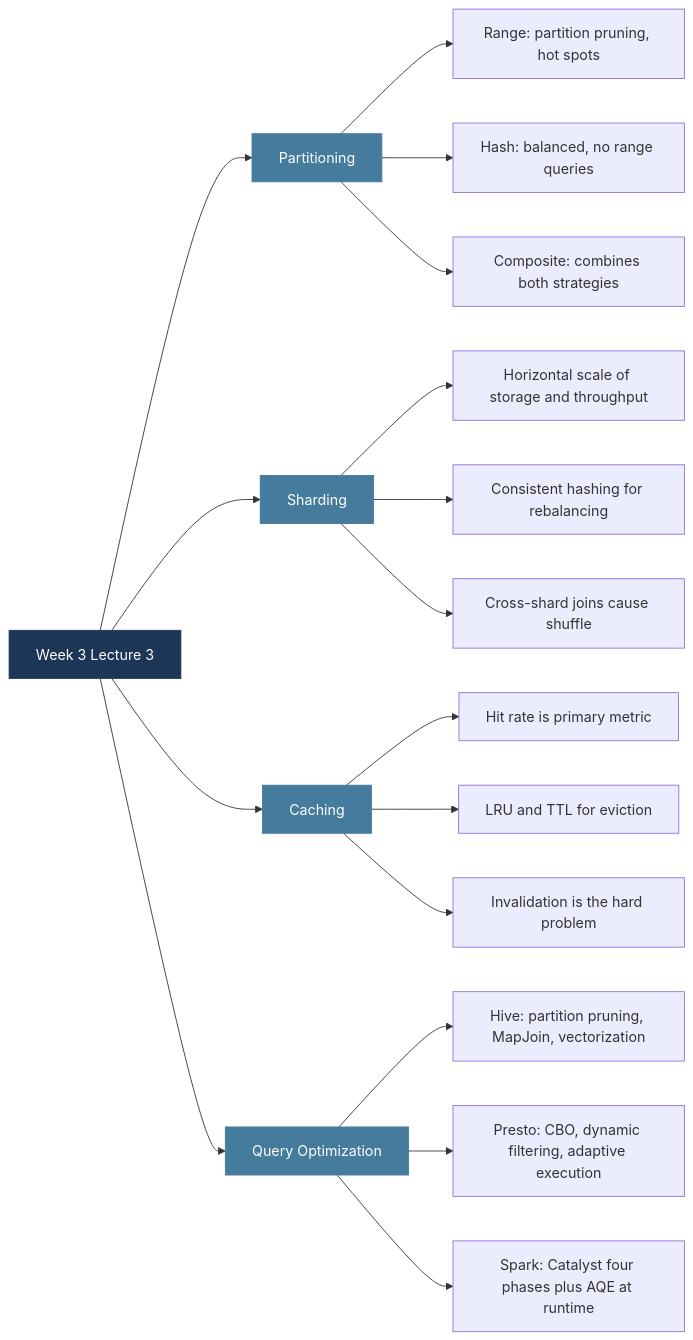
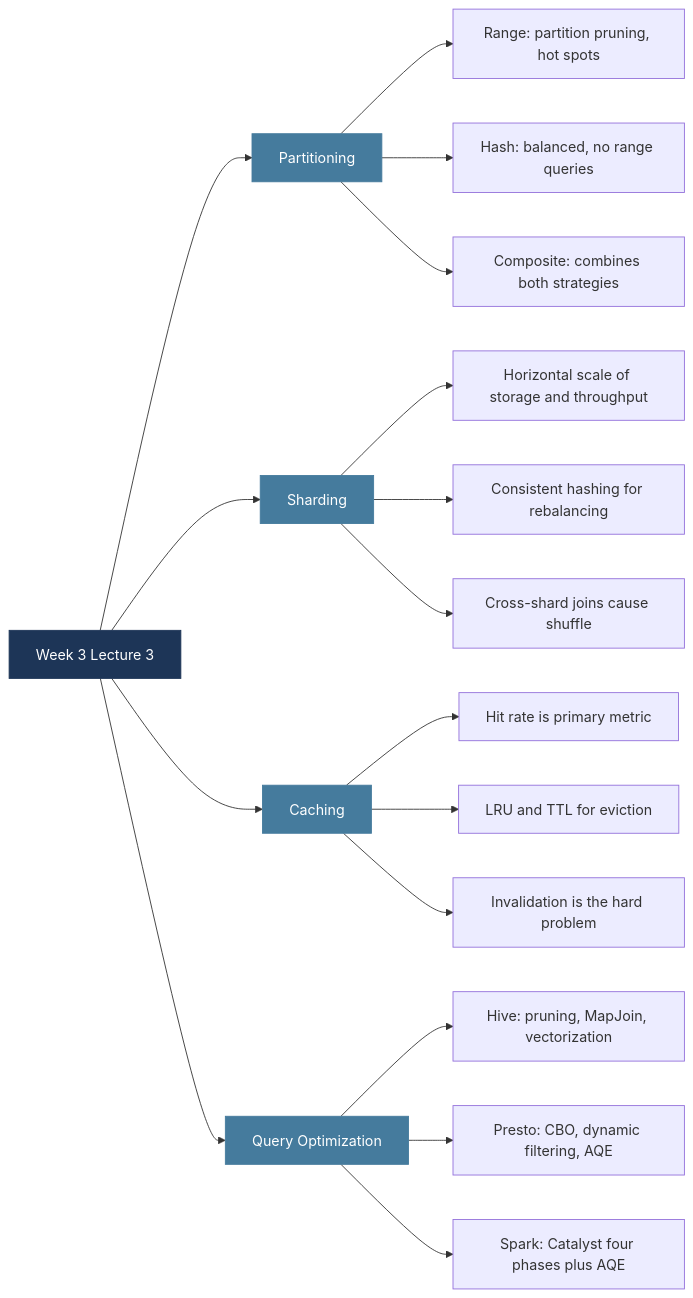
Before and after one commit to MuhammadTahaNasir/Big-Data-Analytics-Notes: diagram 16 of 16 in Week3/Lecture3_Partitioning_Sharding_Caching_QueryOpt.md, drawn with Mermaid. The commit also changed other lines of this file, not shown here.

````diff
--- a/Week3/Lecture3_Partitioning_Sharding_Caching_QueryOpt.md
+++ b/Week3/Lecture3_Partitioning_Sharding_Caching_QueryOpt.md
@@ -632,29 +620,29 @@
 ```mermaid
 flowchart LR
     W3L3[Week 3 Lecture 3] --> PART2[Partitioning]
     W3L3 --> SHARD2[Sharding]
     W3L3 --> CACHE2[Caching]
     W3L3 --> QO[Query Optimization]
 
     PART2 --> PA[Range: partition pruning, hot spots]
     PART2 --> PB[Hash: balanced, no range queries]
     PART2 --> PC[Composite: combines both strategies]
 
     SHARD2 --> SA[Horizontal scale of storage and throughput]
     SHARD2 --> SB[Consistent hashing for rebalancing]
     SHARD2 --> SC[Cross-shard joins cause shuffle]
 
     CACHE2 --> CA2[Hit rate is primary metric]
     CACHE2 --> CB2[LRU and TTL for eviction]
     CACHE2 --> CC2[Invalidation is the hard problem]
 
-    QO --> QA[Hive: partition pruning, MapJoin, vectorization]
-    QO --> QB[Presto: CBO, dynamic filtering, adaptive execution]
-    QO --> QC[Spark: Catalyst four phases plus AQE at runtime]
+    QO --> QA[Hive: pruning, MapJoin, vectorization]
+    QO --> QB[Presto: CBO, dynamic filtering, AQE]
+    QO --> QC[Spark: Catalyst four phases plus AQE]
 
     style W3L3 fill:#1d3557,color:#fff,stroke:#1d3557
     style PART2 fill:#457b9d,color:#fff,stroke:#457b9d
     style SHARD2 fill:#457b9d,color:#fff,stroke:#457b9d
     style CACHE2 fill:#457b9d,color:#fff,stroke:#457b9d
     style QO fill:#457b9d,color:#fff,stroke:#457b9d
 ```
````
